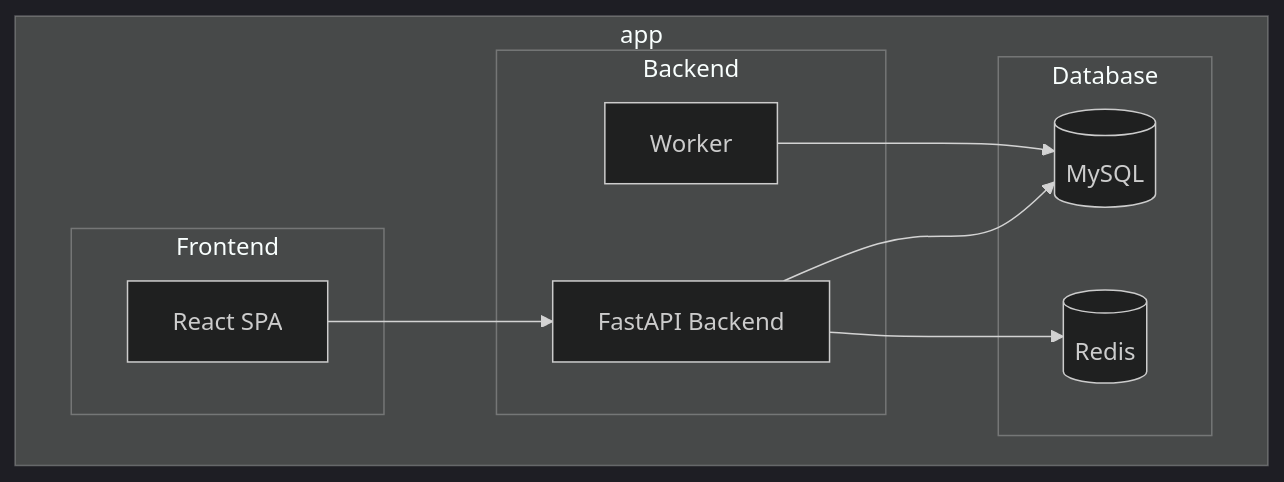
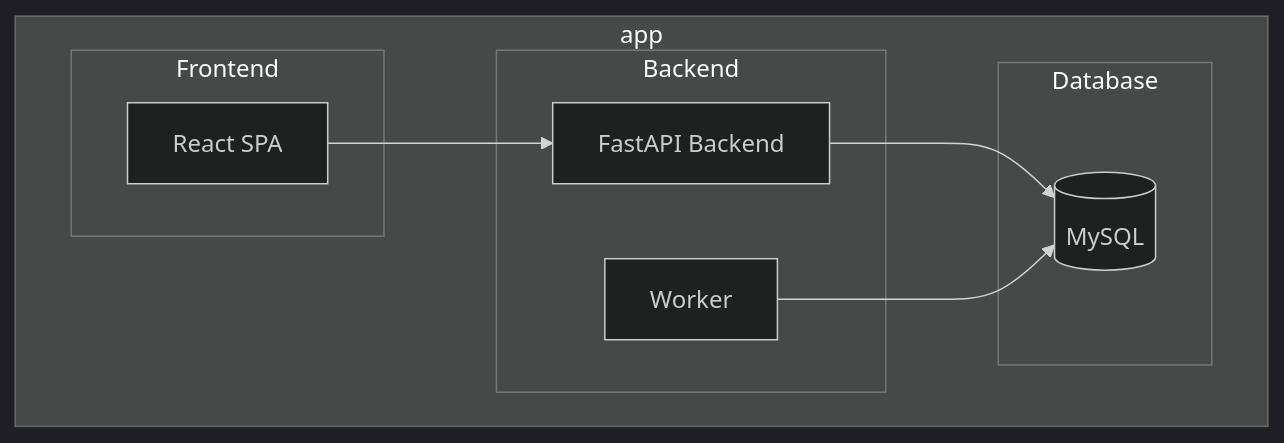
The diagram in README.md (ironnext22/MPT), drawn with Mermaid (dark theme) before and after one commit. The commit also changed other lines of this file, not shown here.

````diff
--- a/README.md
+++ b/README.md
@@ -9,24 +9,21 @@
 ```mermaid
 graph TB
-  %% Każdy subgraph = 1 kontener
   subgraph app
     subgraph react["Frontend"]
       R[React SPA]
     end
 
     subgraph backend["Backend"]
       B[FastAPI Backend]
       W[Worker]
     end
 
     subgraph postgres["Database"]
       PG[(MySQL)]
-      RD[(Redis)]
     end
   end
 
   R --> B
   B --> PG
-  B --> RD
   W --> PG
 ```
````
